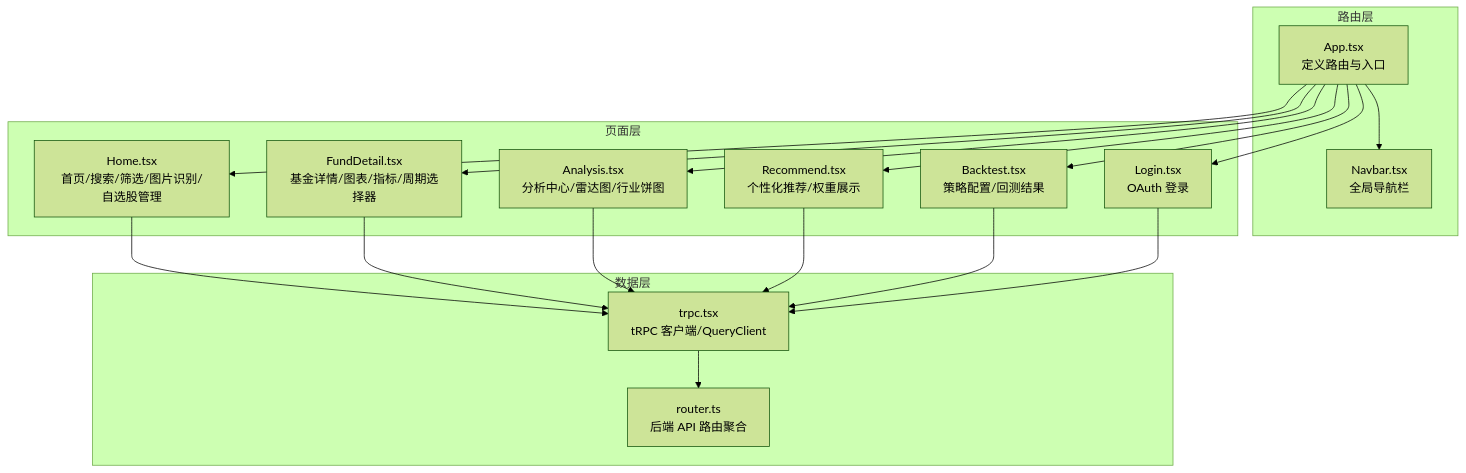
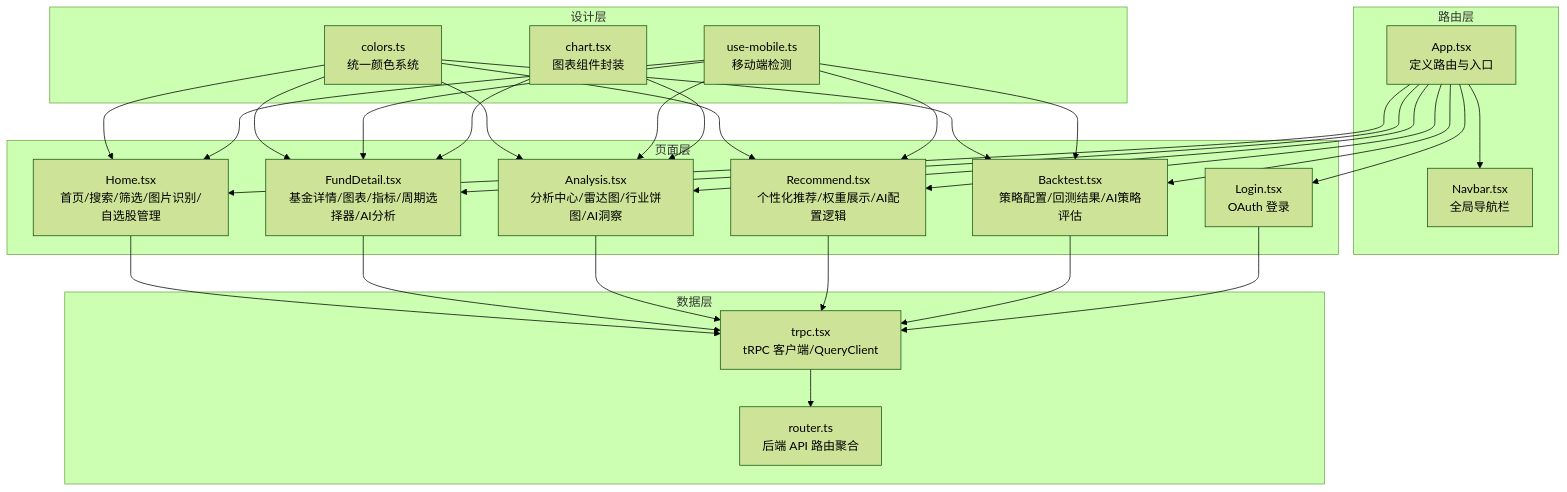
Before and after one commit to youkell85/FundTrader: the first of 8 diagrams in .qoder/repowiki/zh/content/前端应用文档/页面组件系统.md, drawn with Mermaid (forest theme). The commit also changed other lines of this file and 11 other files, not shown here.

````diff
--- a/.qoder/repowiki/zh/content/前端应用文档/页面组件系统.md
+++ b/.qoder/repowiki/zh/content/前端应用文档/页面组件系统.md
@@ -48,33 +53,50 @@
 ```mermaid
 graph TB
 subgraph "路由层"
 R["App.tsx<br/>定义路由与入口"]
 N["Navbar.tsx<br/>全局导航栏"]
 end
 subgraph "页面层"
 H["Home.tsx<br/>首页/搜索/筛选/图片识别/自选股管理"]
-F["FundDetail.tsx<br/>基金详情/图表/指标/周期选择器"]
-A["Analysis.tsx<br/>分析中心/雷达图/行业饼图"]
-Rm["Recommend.tsx<br/>个性化推荐/权重展示"]
-B["Backtest.tsx<br/>策略配置/回测结果"]
+F["FundDetail.tsx<br/>基金详情/图表/指标/周期选择器/AI分析"]
+A["Analysis.tsx<br/>分析中心/雷达图/行业饼图/AI洞察"]
+Rm["Recommend.tsx<br/>个性化推荐/权重展示/AI配置逻辑"]
+B["Backtest.tsx<br/>策略配置/回测结果/AI策略评估"]
 L["Login.tsx<br/>OAuth 登录"]
 end
 subgraph "数据层"
 T["trpc.tsx<br/>tRPC 客户端/QueryClient"]
 AR["router.ts<br/>后端 API 路由聚合"]
+end
+subgraph "设计层"
+C["colors.ts<br/>统一颜色系统"]
+UM["use-mobile.ts<br/>移动端检测"]
+CH["chart.tsx<br/>图表组件封装"]
 end
 R --> N
 R --> H
 R --> F
 R --> A
 R --> Rm
 R --> B
 R --> L
 H --> T
 F --> T
 A --> T
 Rm --> T
 B --> T
 L --> T
 T --> AR
+C --> H
+C --> F
+C --> A
+C --> Rm
+C --> B
+UM --> H
+UM --> F
+UM --> A
+UM --> Rm
+UM --> B
+CH --> F
+CH --> A
 ```
````
